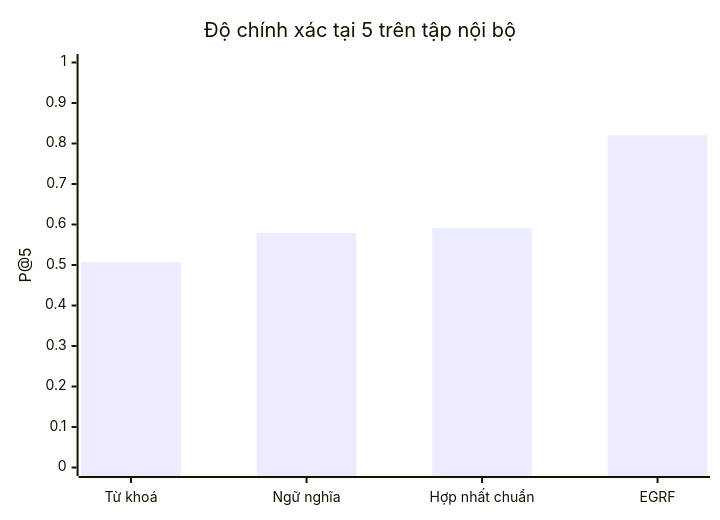
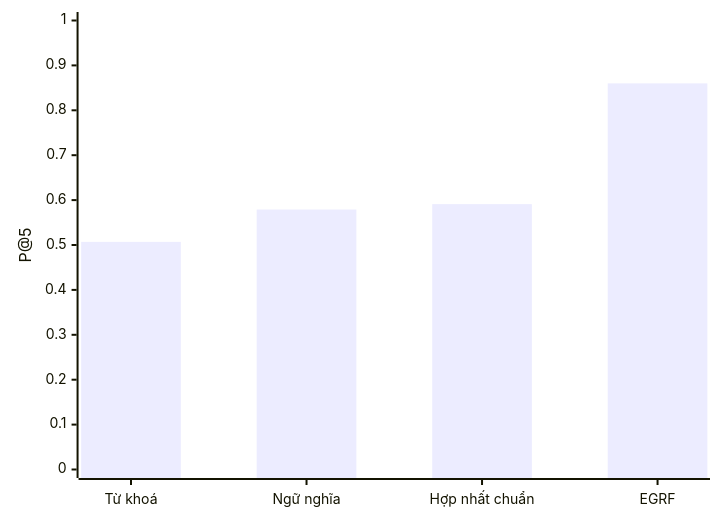
Diagram 20 of 24 in docs/bao-cao/BAO-CAO-DO-AN.md (longqt321/Rendez-PBL6), drawn with Mermaid before and after one commit. The commit also changed other lines of this file and 71 other files, not shown here.

Commit message:
feat(schema,backend): complete UX API features, role isolation, and submissions

````diff
--- a/docs/bao-cao/BAO-CAO-DO-AN.md
+++ b/docs/bao-cao/BAO-CAO-DO-AN.md
@@ -1693,7 +1733,6 @@
 ```mermaid
 xychart-beta
-    title "Độ chính xác tại 5 trên tập nội bộ"
     x-axis ["Từ khoá", "Ngữ nghĩa", "Hợp nhất chuẩn", "EGRF"]
     y-axis "P@5" 0 --> 1
-    bar [0.507, 0.579, 0.591, 0.820]
+    bar [0.507, 0.579, 0.591, 0.860]
 ```
````
